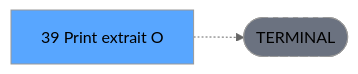
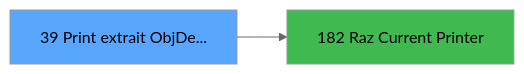
The third of 3 diagrams in .openspec/specs/ADH-IDE-39.md (thonyAGP/magic-migration), drawn with Mermaid (neutral theme) before and after one commit. The commit also changed other lines of this file and 493 other files, not shown here.

````diff
--- a/.openspec/specs/ADH-IDE-39.md
+++ b/.openspec/specs/ADH-IDE-39.md
@@ -144,8 +357,8 @@
 ```mermaid
 graph LR
-    T[39 Print extrait O]
-    TERM([TERMINAL])
-    T -.-> TERM
-    style TERM fill:#6b7280,stroke-dasharray: 5 5
-    style T fill:#58a6ff,color:#000
+    T39[39 Print extrait ObjDe...]
+    style T39 fill:#58a6ff
+    C182[182 Raz Current Printer]
+    T39 --> C182
+    style C182 fill:#3fb950
 ```
````
